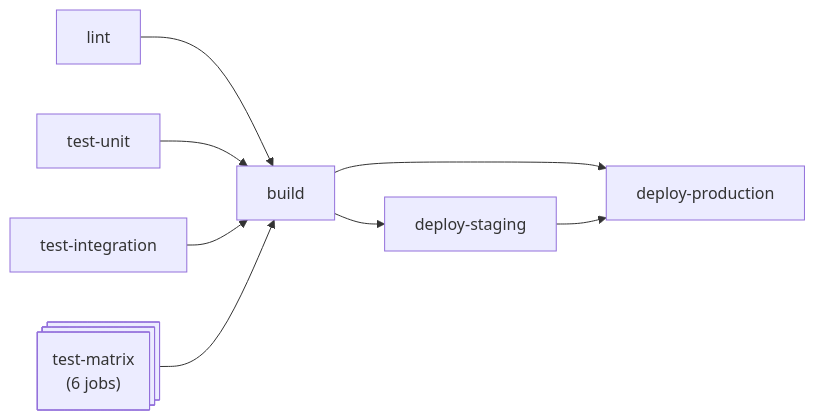
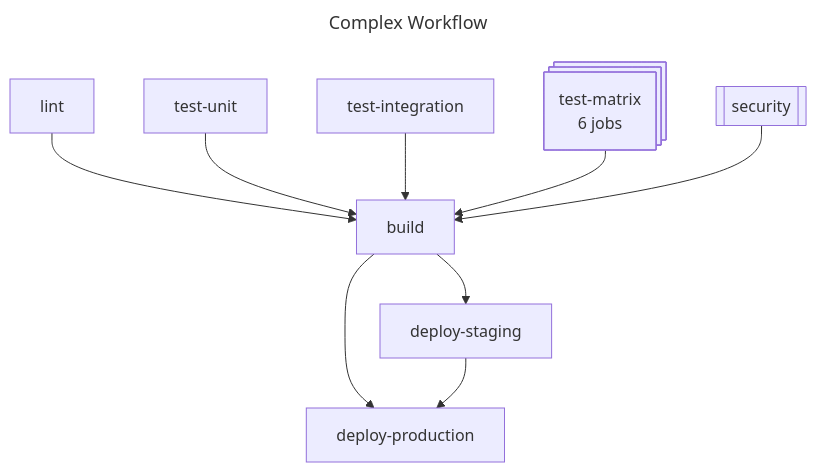
The diagram in README.md (stebje/gh-wf2mmd), drawn with Mermaid before and after one commit. The commit also changed other lines of this file and 25 other files, not shown here.

````diff
--- a/README.md
+++ b/README.md
@@ -114,14 +5,22 @@
 ```mermaid
-flowchart LR
-    lint
-    test-unit
-    test-integration
-    test-matrix@{ shape: procs, label: "test-matrix\n(6 jobs)"}
+---
+title: "Complex Workflow"
+---
+flowchart TB
+    lint["lint"]
+    test_unit["test-unit"]
+    test_integration["test-integration"]
+    test_matrix@{ shape: procs, label: "test-matrix<br>6 jobs" }
+    security[["security"]]
+    build["build"]
+    deploy_staging["deploy-staging"]
+    deploy_production["deploy-production"]
     lint --> build
-    test-unit --> build
-    test-integration --> build
-    test-matrix --> build
-    build --> deploy-staging
-    build --> deploy-production
-    deploy-staging --> deploy-production
+    test_unit --> build
+    test_integration --> build
+    test_matrix --> build
+    security --> build
+    build --> deploy_staging
+    build --> deploy_production
+    deploy_staging --> deploy_production
 ```
````
